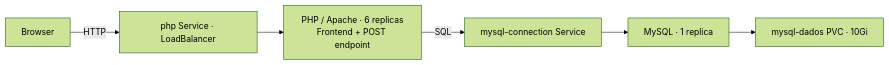
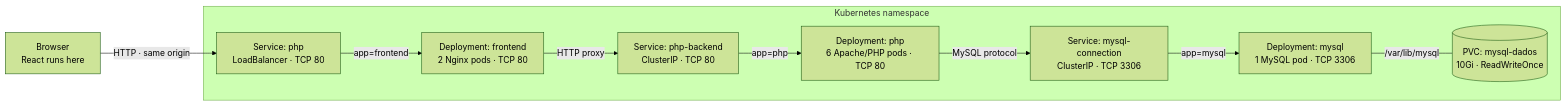
One commit to jacivaldocarvalho/projeto-app-deploy-kubernetes changed the diagram in README.md. Above: the diagram before and after it, drawn with Mermaid (forest theme). The commit also changed other lines of this file and 35 other files, not shown here.

````diff
--- a/README.md
+++ b/README.md
@@ -21,8 +23,20 @@
 ```mermaid
 flowchart LR
-    Browser[Browser] -->|HTTP| WebService["php Service · LoadBalancer"]
-    WebService --> App["PHP / Apache · 6 replicas<br/>Frontend + POST endpoint"]
-    App -->|SQL| DatabaseService["mysql-connection Service"]
-    DatabaseService --> Database["MySQL · 1 replica"]
-    Database --> Storage["mysql-dados PVC · 10Gi"]
+    Browser["Browser<br/>React runs here"]
+    subgraph Cluster["Kubernetes namespace"]
+        Public["Service: php<br/>LoadBalancer · TCP 80"]
+        Web["Deployment: frontend<br/>2 Nginx pods · TCP 80"]
+        API["Service: php-backend<br/>ClusterIP · TCP 80"]
+        PHP["Deployment: php<br/>6 Apache/PHP pods · TCP 80"]
+        SQL["Service: mysql-connection<br/>ClusterIP · TCP 3306"]
+        DB["Deployment: mysql<br/>1 MySQL pod · TCP 3306"]
+        PVC[("PVC: mysql-dados<br/>10Gi · ReadWriteOnce")]
+        Public -->|"app=frontend"| Web
+        Web -->|"HTTP proxy"| API
+        API -->|"app=php"| PHP
+        PHP -->|"MySQL protocol"| SQL
+        SQL -->|"app=mysql"| DB
+        DB ---|"/var/lib/mysql"| PVC
+    end
+    Browser -->|"HTTP · same origin"| Public
 ```
````
